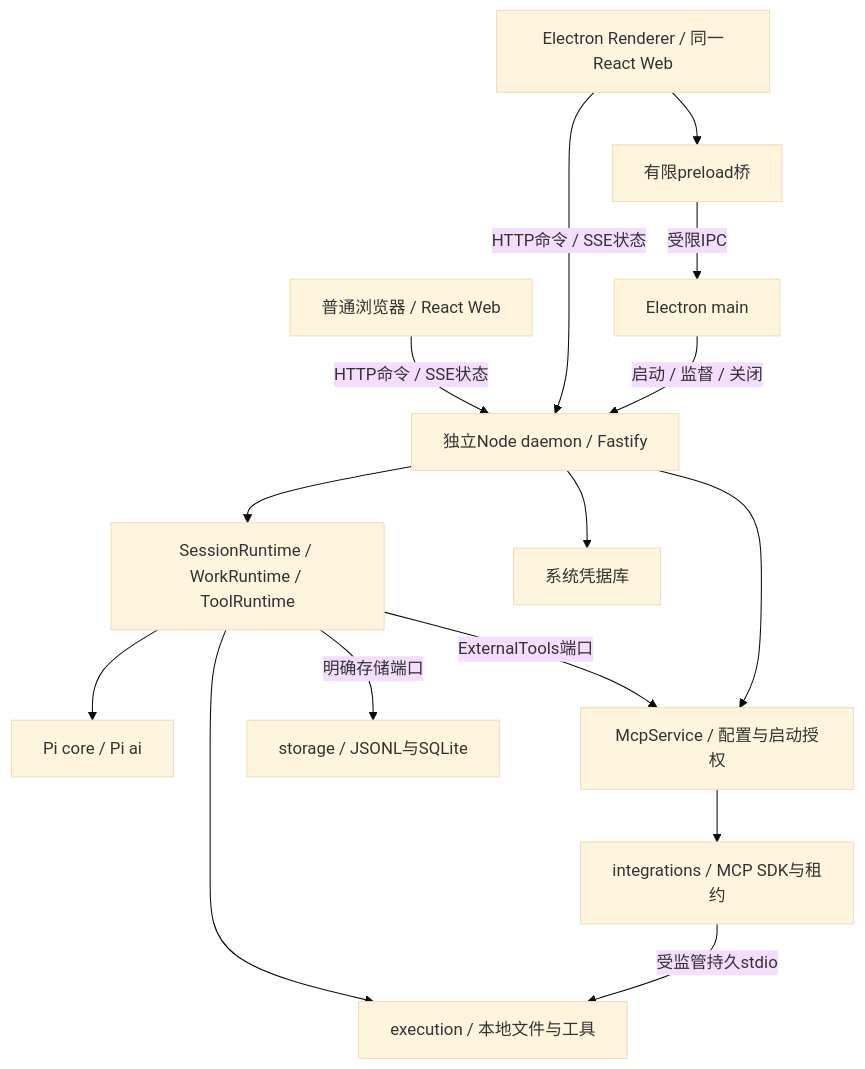
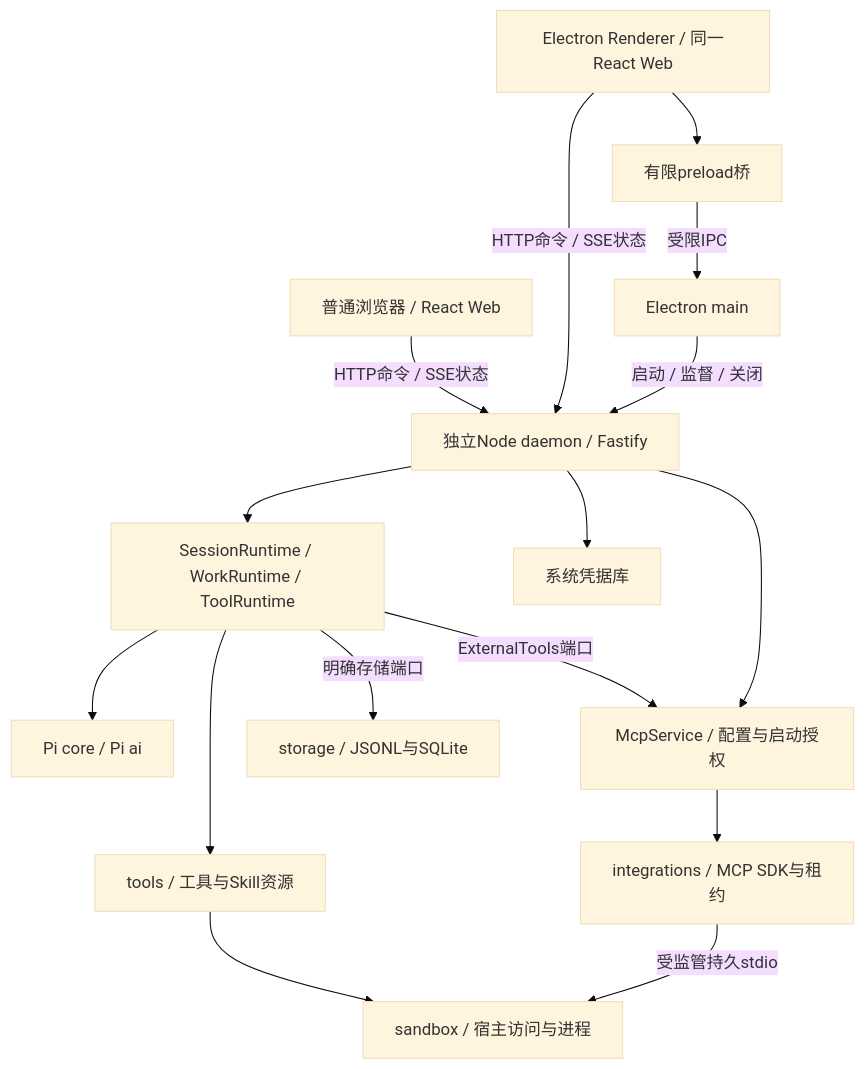
The first of 2 diagrams in docs/09_TECHNICAL/系统架构设计.md (lxy980795277/my-pi-harness), drawn with Mermaid (base theme) before and after one commit. The commit also changed 421 other files, not shown here.

````diff
--- a/docs/09_TECHNICAL/系统架构设计.md
+++ b/docs/09_TECHNICAL/系统架构设计.md
@@ -29,29 +29,31 @@
 ```mermaid
 flowchart TB
   Browser[普通浏览器 / React Web]
   Renderer[Electron Renderer / 同一React Web]
   Main[Electron main]
   Preload[有限preload桥]
   Daemon[独立Node daemon / Fastify]
   Runtime[SessionRuntime / WorkRuntime / ToolRuntime]
   Pi[Pi core / Pi ai]
-  Execution[execution / 本地文件与工具]
+  Tools[tools / 工具与Skill资源]
+  Sandbox[sandbox / 宿主访问与进程]
   McpHost[McpService / 配置与启动授权]
   Integrations[integrations / MCP SDK与租约]
   Storage[storage / JSONL与SQLite]
   Secrets[系统凭据库]
   Browser -->|HTTP命令 / SSE状态| Daemon
   Renderer -->|HTTP命令 / SSE状态| Daemon
   Renderer --> Preload
   Preload -->|受限IPC| Main
   Main -->|启动 / 监督 / 关闭| Daemon
   Daemon --> Runtime
   Runtime --> Pi
-  Runtime --> Execution
+  Runtime --> Tools
+  Tools --> Sandbox
   Runtime -->|ExternalTools端口| McpHost
   Daemon --> McpHost
   McpHost --> Integrations
-  Integrations -->|受监管持久stdio| Execution
+  Integrations -->|受监管持久stdio| Sandbox
   Runtime -->|明确存储端口| Storage
   Daemon --> Secrets
 ```
````
